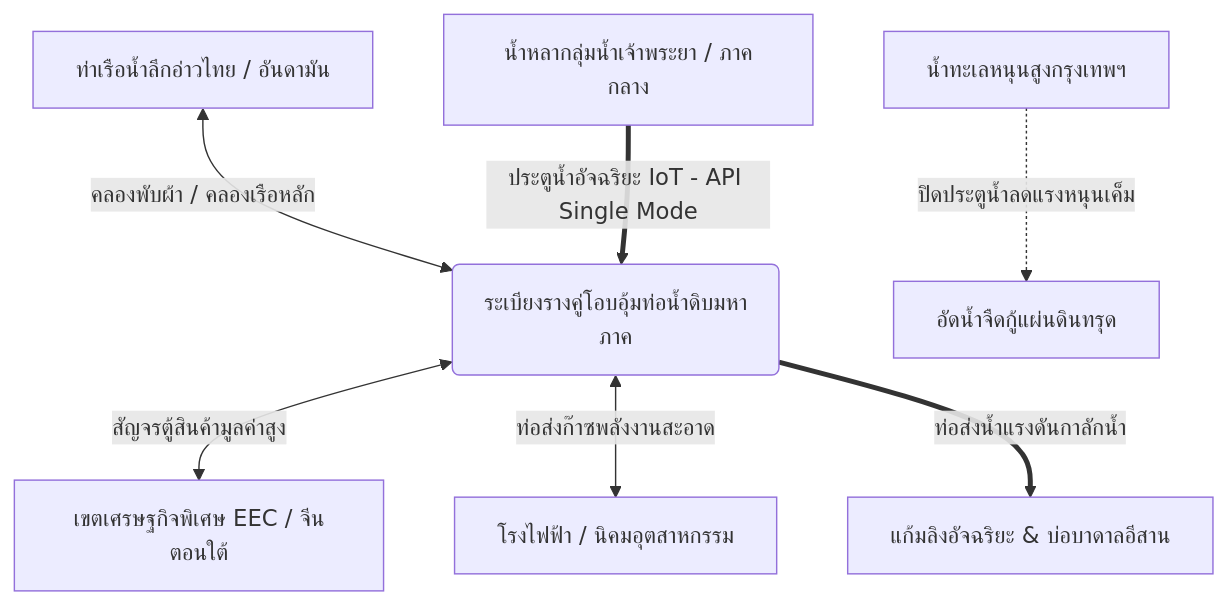
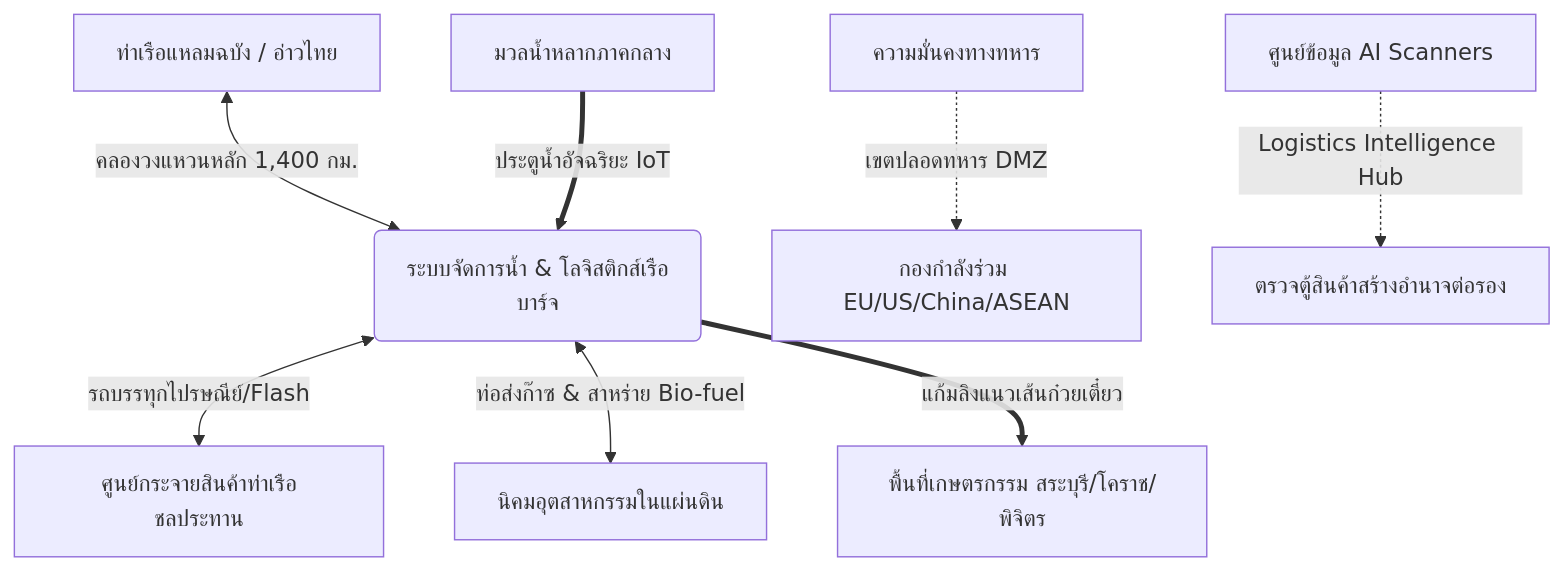
The diagram in docs/incubator/01_policy_and_strategy/inter_regional_logistics_disaster_backbone.md (ellipszist/unityequilibriumtheory), drawn with Mermaid before and after one commit. The commit also changed other lines of this file and 4 other files, not shown here.

````diff
--- a/docs/incubator/01_policy_and_strategy/inter_regional_logistics_disaster_backbone.md
+++ b/docs/incubator/01_policy_and_strategy/inter_regional_logistics_disaster_backbone.md
@@ -27,9 +28,10 @@
 ```mermaid
 graph TD
-    A[ท่าเรือน้ำลึกอ่าวไทย / อันดามัน] <-->|คลองพับผ้า / คลองเรือหลัก| B(ระเบียงรางคู่โอบอุ้มท่อน้ำดิบมหาภาค)
-    B <-->|สัญจรตู้สินค้ามูลค่าสูง| C[เขตเศรษฐกิจพิเศษ EEC / จีนตอนใต้]
-    B <-->|ท่อส่งก๊าซพลังงานสะอาด| D[โรงไฟฟ้า / นิคมอุตสาหกรรม]
-    E[น้ำหลากลุ่มน้ำเจ้าพระยา / ภาคกลาง] ==>|ประตูน้ำอัจฉริยะ IoT - API Single Mode| B
-    B ==>|ท่อส่งน้ำแรงดันกาลักน้ำ| F[แก้มลิงอัจฉริยะ & บ่อบาดาลอีสาน]
-    G[น้ำทะเลหนุนสูงกรุงเทพฯ] -.->|ปิดประตูน้ำลดแรงหนุนเค็ม| H[อัดน้ำจืดกู้แผ่นดินทรุด]
+    A[ท่าเรือแหลมฉบัง / อ่าวไทย] <-->|คลองวงแหวนหลัก 1,400 กม.| B(ระบบจัดการน้ำ & โลจิสติกส์เรือบาร์จ)
+    B <-->|รถบรรทุกไปรษณีย์/Flash| C[ศูนย์กระจายสินค้าท่าเรือชลประทาน]
+    B <-->|ท่อส่งก๊าซ & สาหร่าย Bio-fuel| D[นิคมอุตสาหกรรมในแผ่นดิน]
+    E[มวลน้ำหลากภาคกลาง] ==>|ประตูน้ำอัจฉริยะ IoT| B
+    B ==>|แก้มลิงแนวเส้นก๋วยเตี๋ยว| F[พื้นที่เกษตรกรรม สระบุรี/โคราช/พิจิตร]
+    G[ความมั่นคงทางทหาร] -.->|เขตปลอดทหาร DMZ| H[กองกำลังร่วม EU/US/China/ASEAN]
+    I[ศูนย์ข้อมูล AI Scanners] -.->|Logistics Intelligence Hub| J[ตรวจตู้สินค้าสร้างอำนาจต่อรอง]
 ```
````
